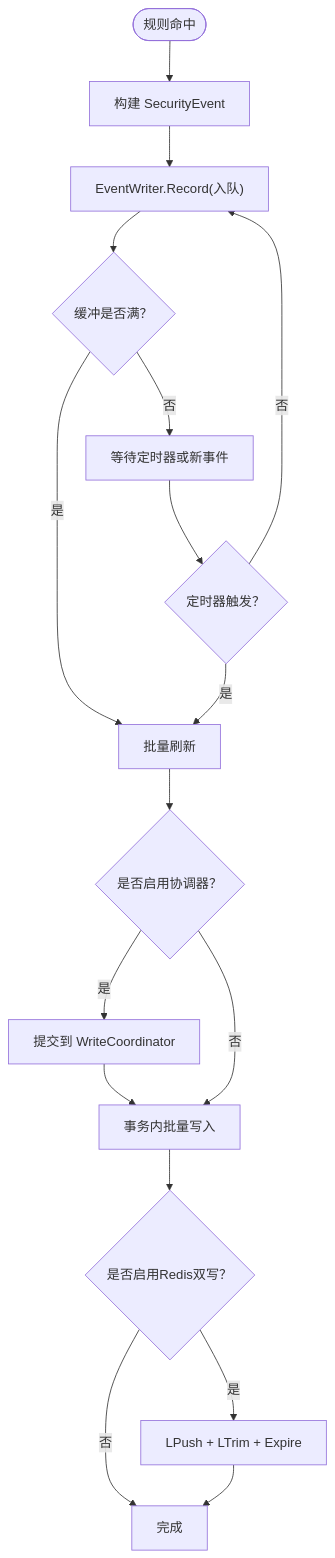
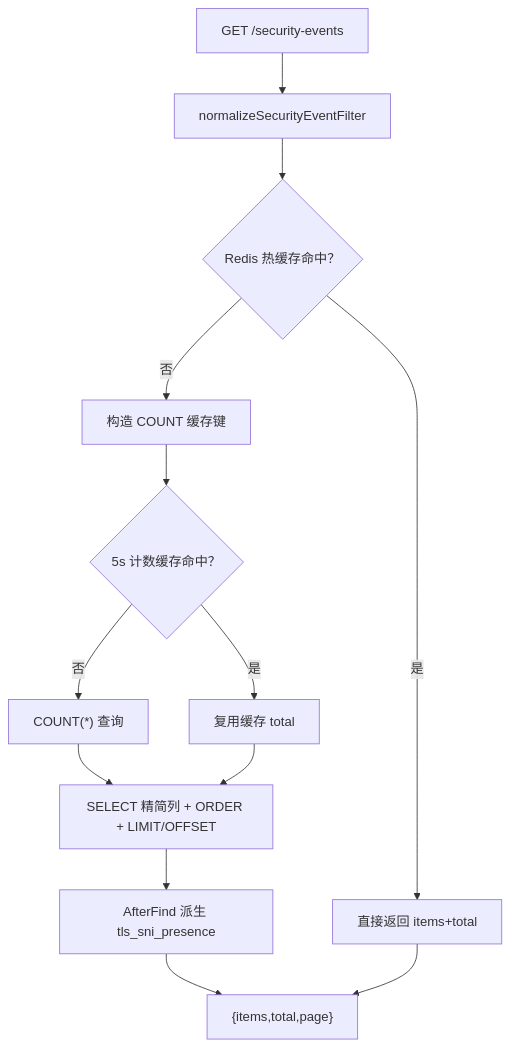
The fifth of 6 diagrams in docs/监控与可观测性/安全事件记录.md (x01n/My-OpenWaf), drawn with Mermaid before and after one commit. The commit also changed other lines of this file and 622 other files, not shown here.

````diff
--- a/docs/监控与可观测性/安全事件记录.md
+++ b/docs/监控与可观测性/安全事件记录.md
@@ -263,19 +449,15 @@
 ```mermaid
 flowchart TD
-Start(["规则命中"]) --> Build["构建 SecurityEvent"]
-Build --> Enqueue["EventWriter.Record(入队)"]
-Enqueue --> Buffer{"缓冲是否满？"}
-Buffer --> |否| Wait["等待定时器或新事件"]
-Buffer --> |是| Flush["批量刷新"]
-Wait --> Timer{"定时器触发？"}
-Timer --> |是| Flush
-Timer --> |否| Enqueue
-Flush --> Coord{"是否启用协调器？"}
-Coord --> |是| Submit["提交到 WriteCoordinator"]
-Submit --> DB["事务内批量写入"]
-Coord --> |否| DB
-DB --> Redis{"是否启用Redis双写？"}
-Redis --> |是| Push["LPush + LTrim + Expire"]
-Redis --> |否| Done["完成"]
-Push --> Done
+Q["GET /security-events"] --> Norm["normalizeSecurityEventFilter"]
+Norm --> Hot{"Redis 热缓存命中？"}
+Hot --> |是| Ret["直接返回 items+total"]
+Hot --> |否| CKey["构造 COUNT 缓存键"]
+CKey --> CHit{"5s 计数缓存命中？"}
+CHit --> |否| CNT["COUNT(*) 查询"]
+CHit --> |是| USE["复用缓存 total"]
+CNT --> SEL["SELECT 精简列 + ORDER + LIMIT/OFFSET"]
+USE --> SEL
+SEL --> Derive["AfterFind 派生 tls_sni_presence"]
+Derive --> Resp["{items,total,page}"]
+Ret --> Resp
 ```
````
